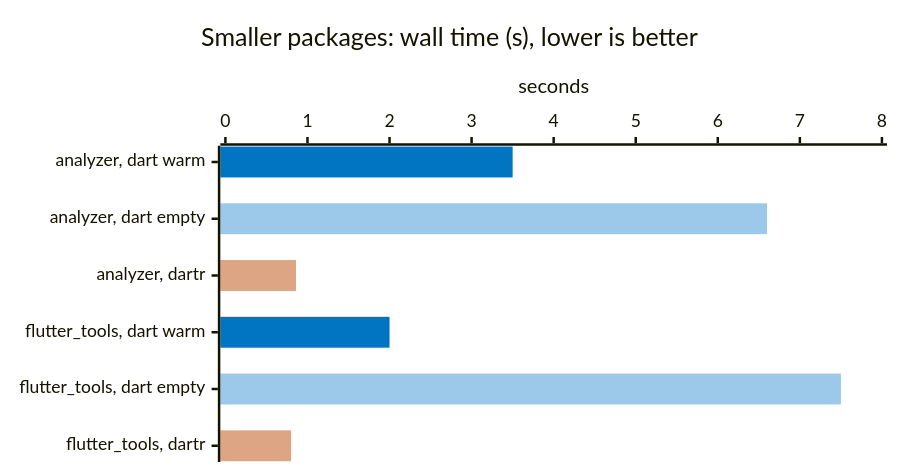
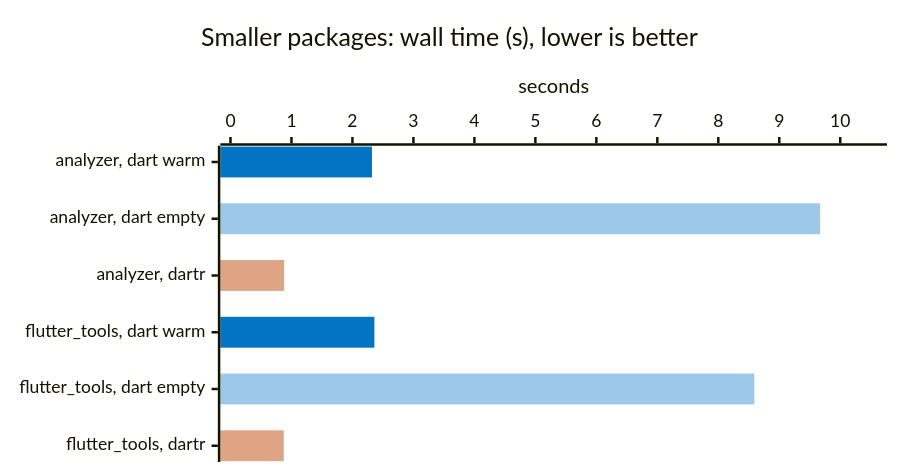
One commit to orestesgaolin/dartr changed the second of 2 diagrams in README.md. Above: the diagram before and after it, drawn with Mermaid. The commit also changed other lines of this file and 3 other files, not shown here.

````diff
--- a/README.md
+++ b/README.md
@@ -165,18 +169,18 @@
 ```mermaid
 ---
 config:
   xyChart:
     height: 360
   themeVariables:
     xyChart:
       plotColorPalette: "#0175C2, #9CC8EA, #DEA584"
 ---
 xychart-beta horizontal
     %% -100 = no bar: one series per measurement gives each its own color
     title "Smaller packages: wall time (s), lower is better"
     x-axis ["analyzer, dart warm", "analyzer, dart empty", "analyzer, dartr", "flutter_tools, dart warm", "flutter_tools, dart empty", "flutter_tools, dartr"]
-    y-axis "seconds" 0 --> 8
-    bar [3.5, -100, -100, 2, -100, -100]
-    bar [-100, 6.6, -100, -100, 7.5, -100]
-    bar [-100, -100, 0.86, -100, -100, 0.8]
+    y-axis "seconds" 0 --> 10.6
+    bar [2.32, -100, -100, 2.36, -100, -100]
+    bar [-100, 9.67, -100, -100, 8.59, -100]
+    bar [-100, -100, 0.881, -100, -100, 0.874]
 ```
````
